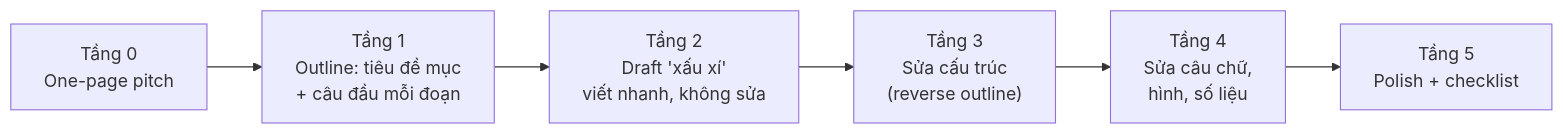
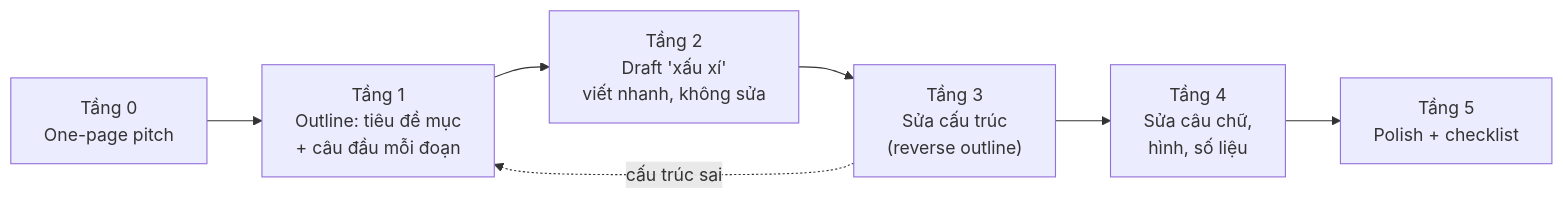
Before and after one commit to tuandung222/How-to-write-Astar-Paper: the diagram in docs/03-ky-thuat/quy-trinh-viet.md, drawn with Mermaid. The commit also changed other lines of this file and 61 other files, not shown here.

````diff
--- a/docs/03-ky-thuat/quy-trinh-viet.md
+++ b/docs/03-ky-thuat/quy-trinh-viet.md
@@ -5,8 +21,9 @@
 ```mermaid
 flowchart LR
   L0["Tầng 0<br/>One-page pitch"] --> L1["Tầng 1<br/>Outline: tiêu đề mục<br/>+ câu đầu mỗi đoạn"]
   L1 --> L2["Tầng 2<br/>Draft 'xấu xí'<br/>viết nhanh, không sửa"]
   L2 --> L3["Tầng 3<br/>Sửa cấu trúc<br/>(reverse outline)"]
   L3 --> L4["Tầng 4<br/>Sửa câu chữ,<br/>hình, số liệu"]
   L4 --> L5["Tầng 5<br/>Polish + checklist"]
+  L3 -. cấu trúc sai .-> L1
 ```
````
